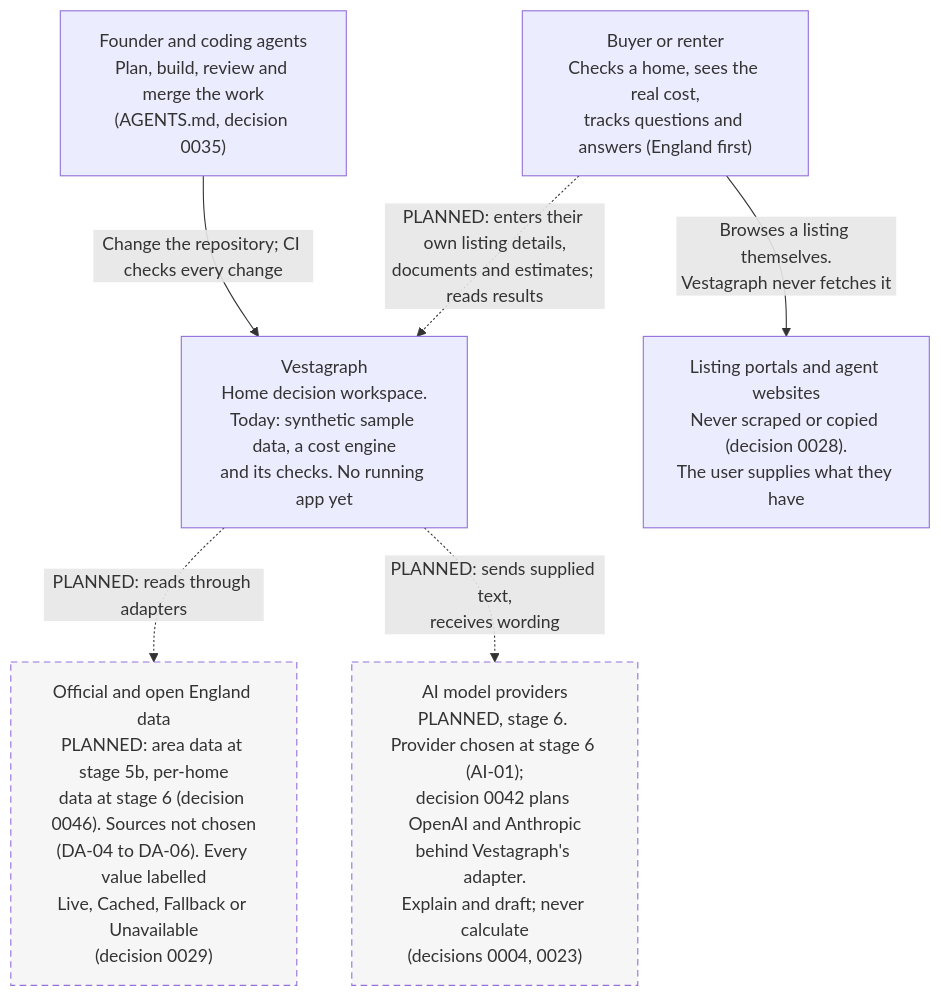
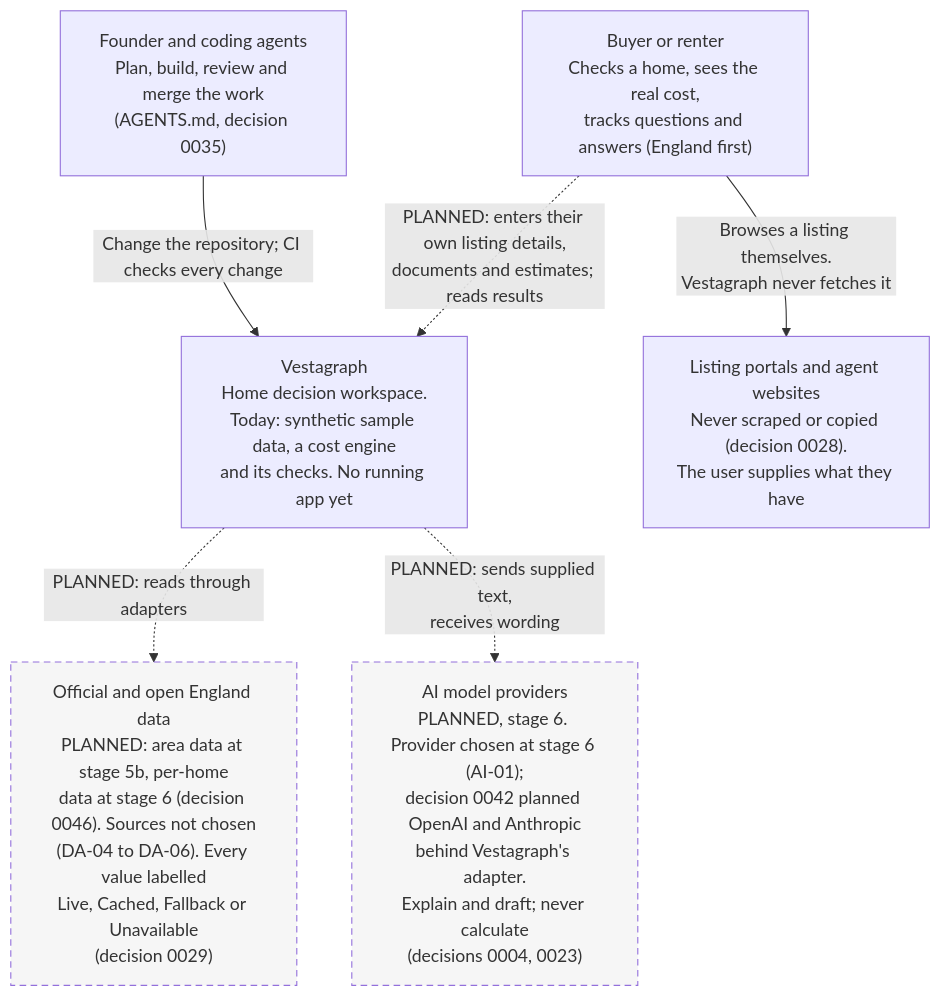
One commit to olaheavy-dev/homescout-platform changed the first of 2 diagrams in docs/architecture/README.md. Above: the diagram before and after it, drawn with Mermaid. The commit also changed other lines of this file and 36 other files, not shown here.

````diff
--- a/docs/architecture/README.md
+++ b/docs/architecture/README.md
@@ -15,20 +15,20 @@
 ```mermaid
 flowchart TB
     user["Buyer or renter<br/>Checks a home, sees the real cost,<br/>tracks questions and answers (England first)"]
     builders["Founder and coding agents<br/>Plan, build, review and merge the work<br/>(AGENTS.md, decision 0035)"]
 
     vestagraph["Vestagraph<br/>Home decision workspace.<br/>Today: synthetic sample data, a cost engine<br/>and its checks. No running app yet"]
 
     data["Official and open England data<br/>PLANNED: area data at stage 5b, per-home<br/>data at stage 6 (decision 0046). Sources not chosen<br/>(DA-04 to DA-06). Every value labelled<br/>Live, Cached, Fallback or Unavailable<br/>(decision 0029)"]
-    models["AI model providers<br/>PLANNED, stage 6. Provider chosen at stage 6 (AI-01);<br/>decision 0042 plans OpenAI and Anthropic<br/>behind Vestagraph's adapter.<br/>Explain and draft; never calculate<br/>(decisions 0004, 0023)"]
+    models["AI model providers<br/>PLANNED, stage 6. Provider chosen at stage 6 (AI-01);<br/>decision 0042 planned OpenAI and Anthropic<br/>behind Vestagraph's adapter.<br/>Explain and draft; never calculate<br/>(decisions 0004, 0023)"]
     portals["Listing portals and agent websites<br/>Never scraped or copied (decision 0028).<br/>The user supplies what they have"]
 
     user -.->|"PLANNED: enters their own listing details,<br/>documents and estimates; reads results"| vestagraph
     builders -->|"Change the repository; CI checks every change"| vestagraph
     vestagraph -.->|"PLANNED: reads through adapters"| data
     vestagraph -.->|"PLANNED: sends supplied text,<br/>receives wording"| models
     user -->|"Browses a listing themselves.<br/>Vestagraph never fetches it"| portals
 
     classDef planned stroke-dasharray: 6 4,fill:#f6f6f6,color:#333
     class data,models planned
 ```
````
